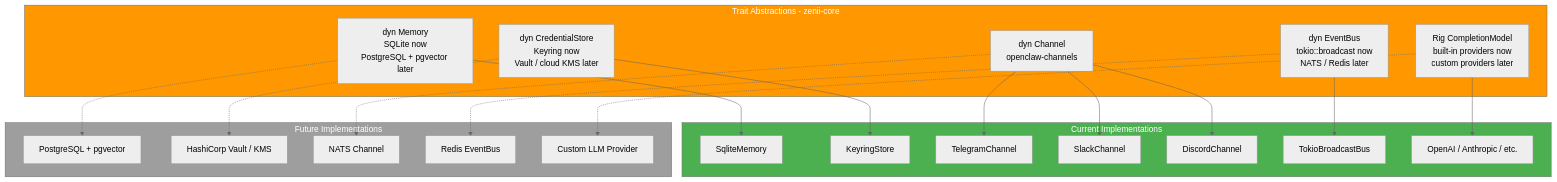
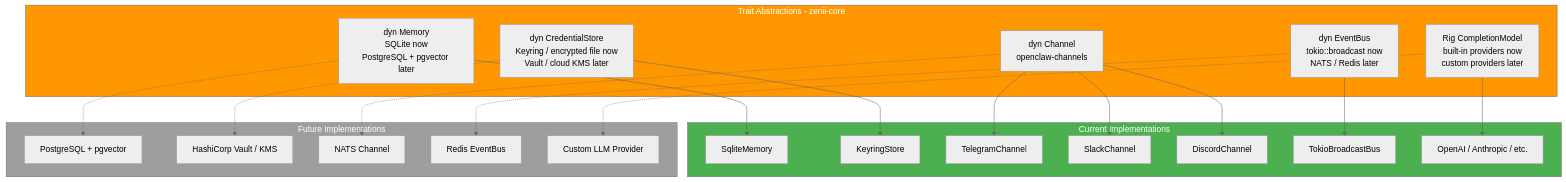
One commit to sprklai/mesoclaw changed the fifth of 27 diagrams in docs-site/docs/architecture.md. Above: the diagram before and after it, drawn with Mermaid (neutral theme). The commit also changed other lines of this file and 8 other files, not shown here.

First line of the commit message:
docs: update docs-site with FileCredentialStore fallback chain

````diff
--- a/docs-site/docs/architecture.md
+++ b/docs-site/docs/architecture.md
@@ -306,45 +306,45 @@
 ```mermaid
 graph TB
     subgraph TraitAbstractions["Trait Abstractions - zenii-core"]
         Memory["dyn Memory<br>SQLite now<br>PostgreSQL + pgvector later"]
-        CredStore["dyn CredentialStore<br>Keyring now<br>Vault / cloud KMS later"]
+        CredStore["dyn CredentialStore<br>Keyring / encrypted file now<br>Vault / cloud KMS later"]
         Channel["dyn Channel<br>openclaw-channels"]
         EvBus["dyn EventBus<br>tokio::broadcast now<br>NATS / Redis later"]
         CompModel["Rig CompletionModel<br>built-in providers now<br>custom providers later"]
     end
 
     subgraph CurrentImpl["Current Implementations"]
         SQLite["SqliteMemory"]
         Keyring["KeyringStore"]
         TGCh["TelegramChannel"]
         SlackCh["SlackChannel"]
         DiscordCh["DiscordChannel"]
         TokioBus["TokioBroadcastBus"]
         RigProviders["OpenAI / Anthropic / etc."]
     end
 
     subgraph FutureImpl["Future Implementations"]
         PgVec["PostgreSQL + pgvector"]
         Vault["HashiCorp Vault / KMS"]
         NatsCh["NATS Channel"]
         RedisBus["Redis EventBus"]
         CustomProv["Custom LLM Provider"]
     end
 
     Memory --> SQLite
     Memory -.-> PgVec
     CredStore --> Keyring
     CredStore -.-> Vault
     Channel --> TGCh
     Channel --> SlackCh
     Channel --> DiscordCh
     Channel -.-> NatsCh
     EvBus --> TokioBus
     EvBus -.-> RedisBus
     CompModel --> RigProviders
     CompModel -.-> CustomProv
 
     style TraitAbstractions fill:#FF9800,color:#fff
     style CurrentImpl fill:#4CAF50,color:#fff
     style FutureImpl fill:#9E9E9E,color:#fff
 ```
````
